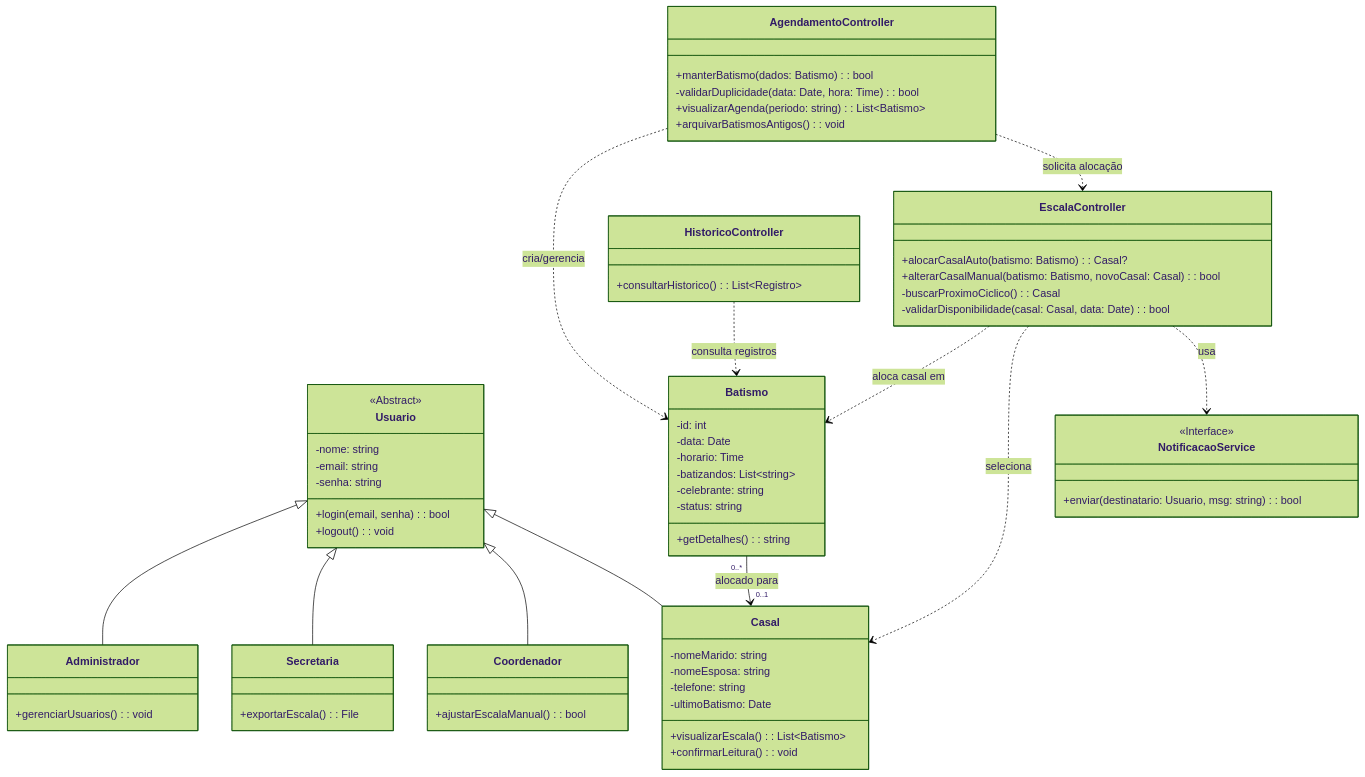
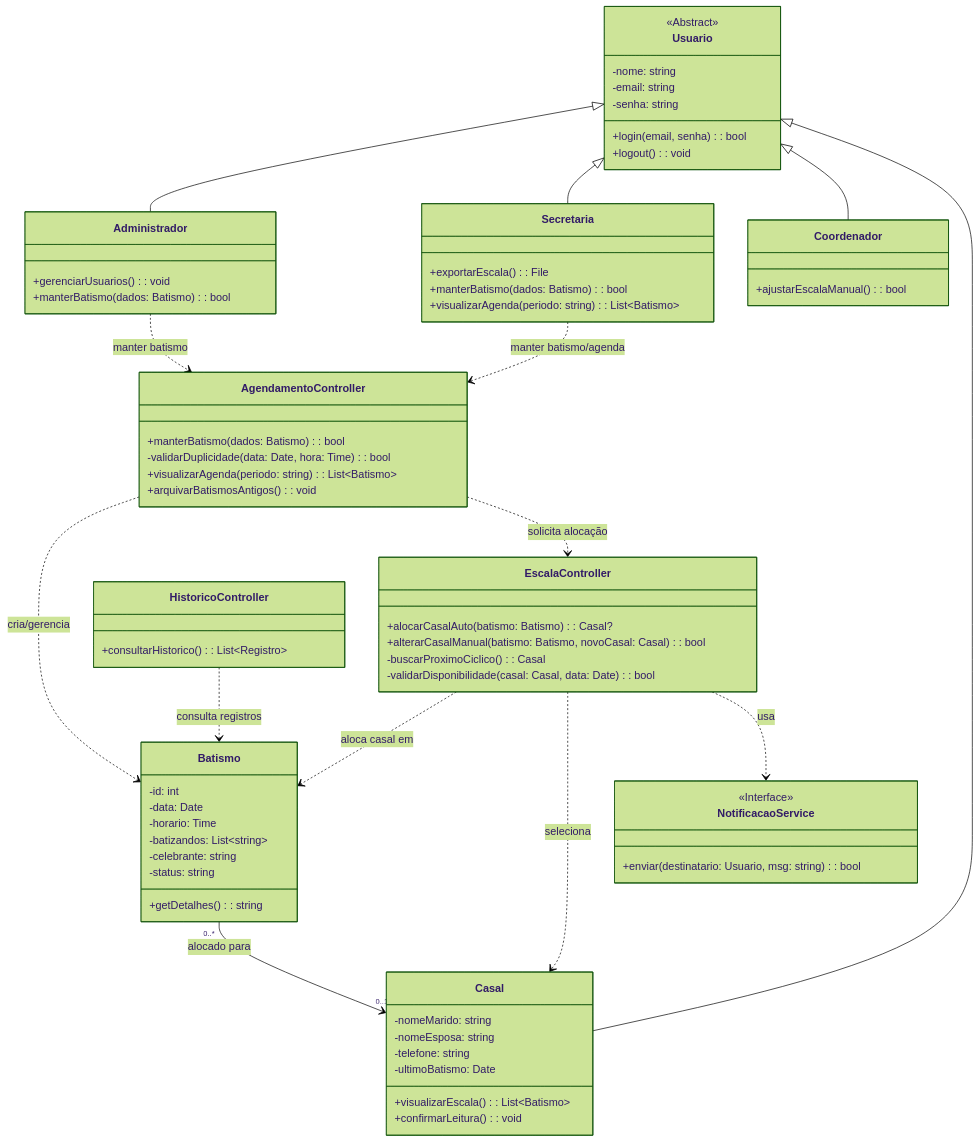
The diagram in specs/logica/classes/analise_logica.mmd (davicesarm/batismo), drawn with Mermaid (forest theme) before and after one commit. The commit also changed 25 other files, not shown here.

```diff
--- a/specs/logica/classes/analise_logica.mmd
+++ b/specs/logica/classes/analise_logica.mmd
@@ -1,80 +1,85 @@
 classDiagram
     %% Classes de Usuários
     class Usuario {
         <<Abstract>>
         -nome: string
         -email: string
         -senha: string
         +login(email, senha): bool
         +logout(): void
     }
 
     class Administrador {
         +gerenciarUsuarios(): void
+        +manterBatismo(dados: Batismo): bool
     }
 
     class Secretaria {
         +exportarEscala(): File
+        +manterBatismo(dados: Batismo): bool
+        +visualizarAgenda(periodo: string): List~Batismo~
     }
 
     class Coordenador {
         +ajustarEscalaManual(): bool
     }
 
     class Casal {
         -nomeMarido: string
         -nomeEsposa: string
         -telefone: string
         -ultimoBatismo: Date
         +visualizarEscala(): List~Batismo~
         +confirmarLeitura(): void
     }
 
     %% Classes de Entidade e Controle
     class Batismo {
         -id: int
         -data: Date
         -horario: Time
         -batizandos: List~string~
         -celebrante: string
         -status: string
         +getDetalhes(): string
     }
 
     class AgendamentoController {
         +manterBatismo(dados: Batismo): bool
         -validarDuplicidade(data: Date, hora: Time): bool
         +visualizarAgenda(periodo: string): List~Batismo~
         +arquivarBatismosAntigos(): void
     }
 
     class EscalaController {
         %% Implementa RF006 (Ordem Cíclica)
         +alocarCasalAuto(batismo: Batismo): Casal?
         +alterarCasalManual(batismo: Batismo, novoCasal: Casal): bool
         -buscarProximoCiclico(): Casal
         -validarDisponibilidade(casal: Casal, data: Date): bool
     }
 
     class NotificacaoService {
         <<Interface>>
         +enviar(destinatario: Usuario, msg: string): bool
     }
 
     class HistoricoController {
         +consultarHistorico(): List~Registro~
     }
 
     %% Relacionamentos
     Usuario <|-- Administrador
     Usuario <|-- Secretaria
     Usuario <|-- Coordenador
     Usuario <|-- Casal
 
     AgendamentoController ..> Batismo : cria/gerencia
     EscalaController ..> Batismo : aloca casal em
     EscalaController ..> Casal : seleciona
     Batismo "0..*" --> "0..1" Casal : alocado para
     EscalaController ..> NotificacaoService : usa
     AgendamentoController ..> EscalaController : solicita alocação
     HistoricoController ..> Batismo : consulta registros
+    Administrador ..> AgendamentoController : manter batismo
+    Secretaria ..> AgendamentoController : manter batismo/agenda
```
